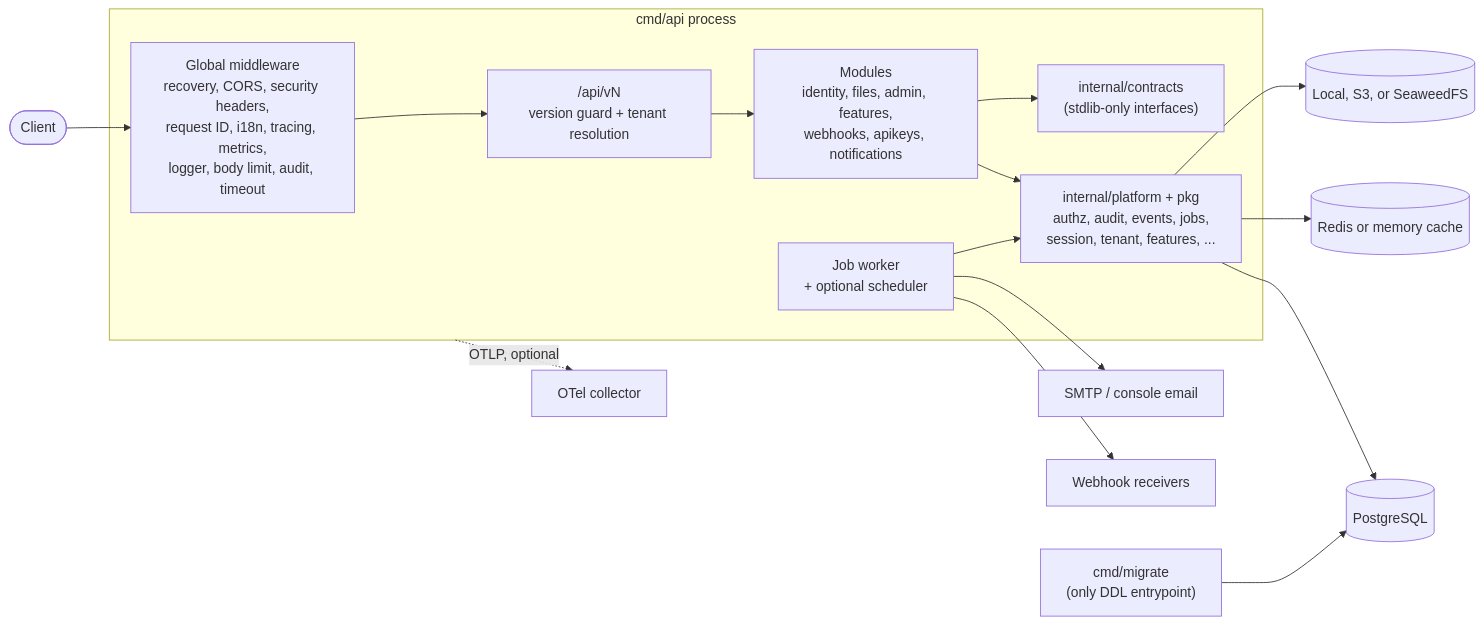
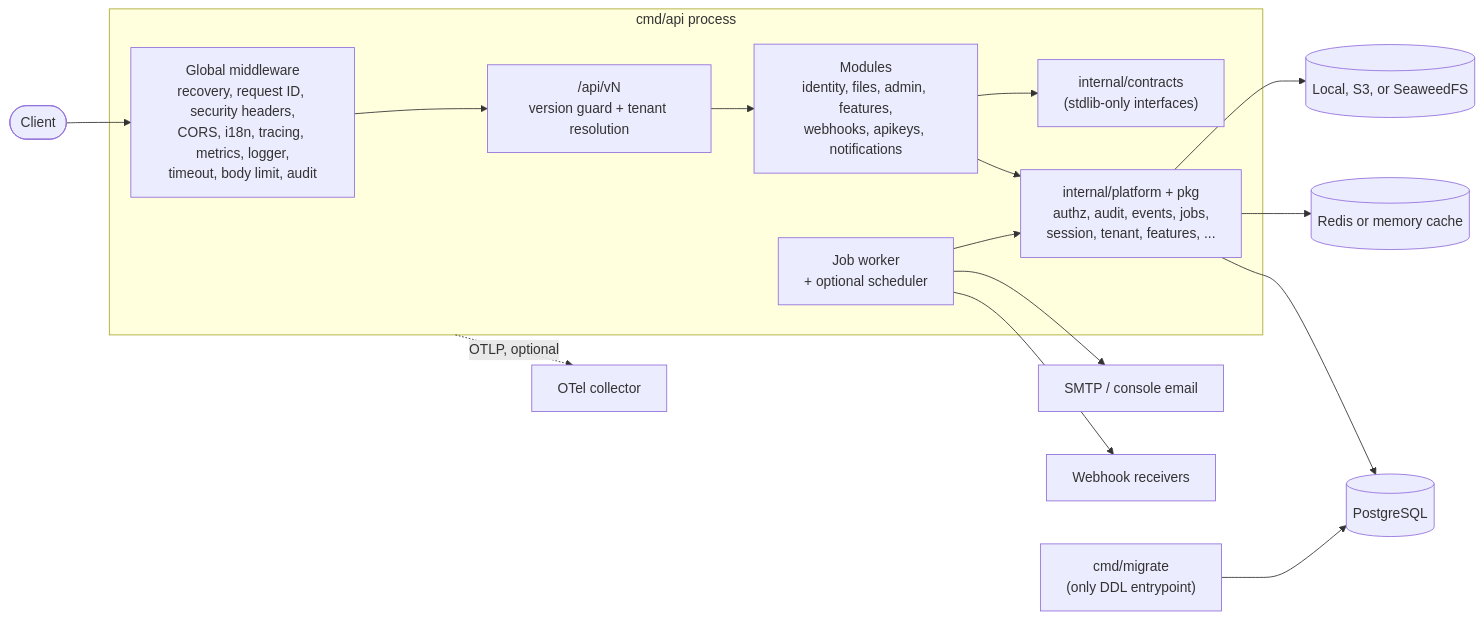
One commit to chuanghiduoc/fiber-golang-boilerplate changed the first of 2 diagrams in README.md. Above: the diagram before and after it, drawn with Mermaid. The commit also changed other lines of this file and 353 other files, not shown here.

````diff
--- a/README.md
+++ b/README.md
@@ -68,23 +68,23 @@
 ```mermaid
 flowchart LR
     client([Client]) --> mw
     subgraph api["cmd/api process"]
-        mw["Global middleware<br/>recovery, CORS, security headers,<br/>request ID, i18n, tracing, metrics,<br/>logger, body limit, audit, timeout"]
+        mw["Global middleware<br/>recovery, request ID, security headers,<br/>CORS, i18n, tracing, metrics, logger,<br/>timeout, body limit, audit"]
         ver["/api/vN<br/>version guard + tenant resolution"]
         mods["Modules<br/>identity, files, admin, features,<br/>webhooks, apikeys, notifications"]
         contracts["internal/contracts<br/>(stdlib-only interfaces)"]
         plat["internal/platform + pkg<br/>authz, audit, events, jobs,<br/>session, tenant, features, ..."]
         worker["Job worker<br/>+ optional scheduler"]
         mw --> ver --> mods
         mods --> contracts
         mods --> plat
         worker --> plat
     end
     plat --> pg[(PostgreSQL)]
     plat --> cache[(Redis or memory cache)]
     plat --> store[(Local, S3, or SeaweedFS)]
     worker --> mail[SMTP / console email]
     worker --> hooks[Webhook receivers]
     api -. OTLP, optional .-> otel[OTel collector]
     migrate["cmd/migrate<br/>(only DDL entrypoint)"] --> pg
 ```
````
